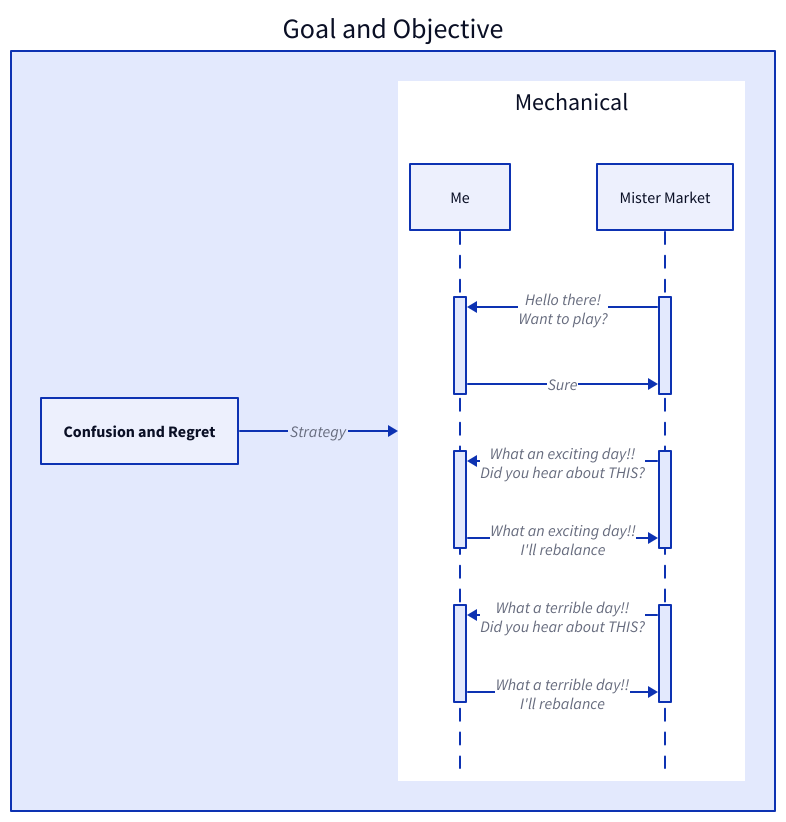
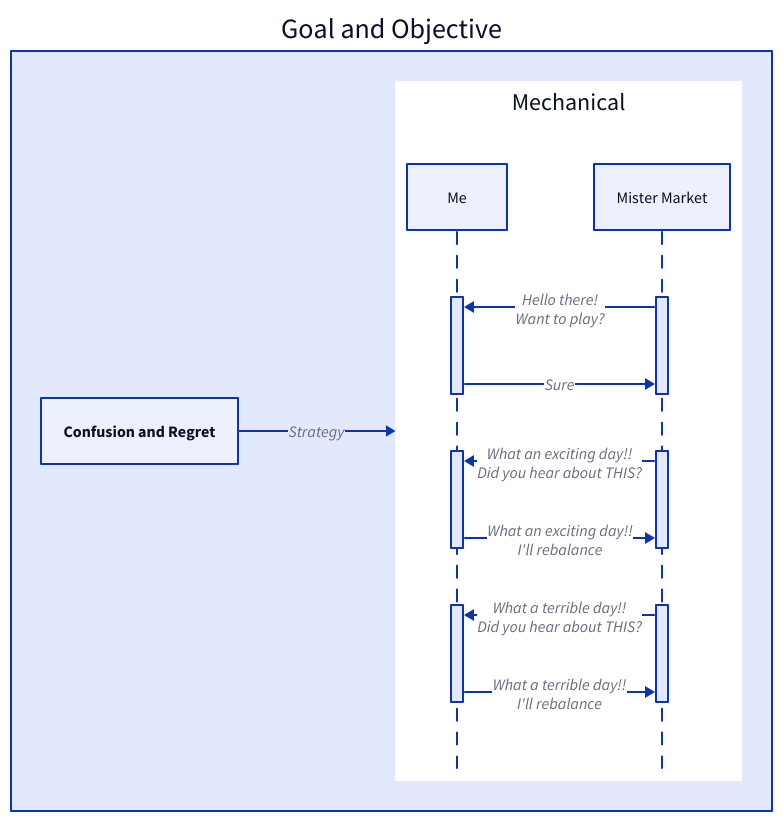
One commit to wqustudent/madoff changed the diagram in report/images/conversation__goal_and_objective.d2. Above: the diagram before and after it, drawn with D2. The commit also changed 16 other files, not shown here.

```diff
--- a/report/images/conversation__goal_and_objective.d2
+++ b/report/images/conversation__goal_and_objective.d2
@@ -1,20 +1,20 @@
 direction: right
 Goal and Objective: {
   before: Confusion and Regret
 
   After: Mechanical {
     shape: sequence_diagram
     me: Me
     mm: Mister Market
     mm.play -> me.play: Hello there!\nWant to play?
     me.play -> mm.play: " Sure "
 
     mm.up -> me.up: What an exciting day!!\nDid you hear about THIS?
     me.up -> mm.up: What an exciting day!!\nI'll rebalance
 
     mm.down -> me.down: What a terrible day!!\nDid you hear about THIS?
     me.down -> mm.down: What a terrible day!!\nI'll rebalance
 }
 
-  Before -> After: "  Strategy  "
+  Before -> After: Strategy
 }
```
